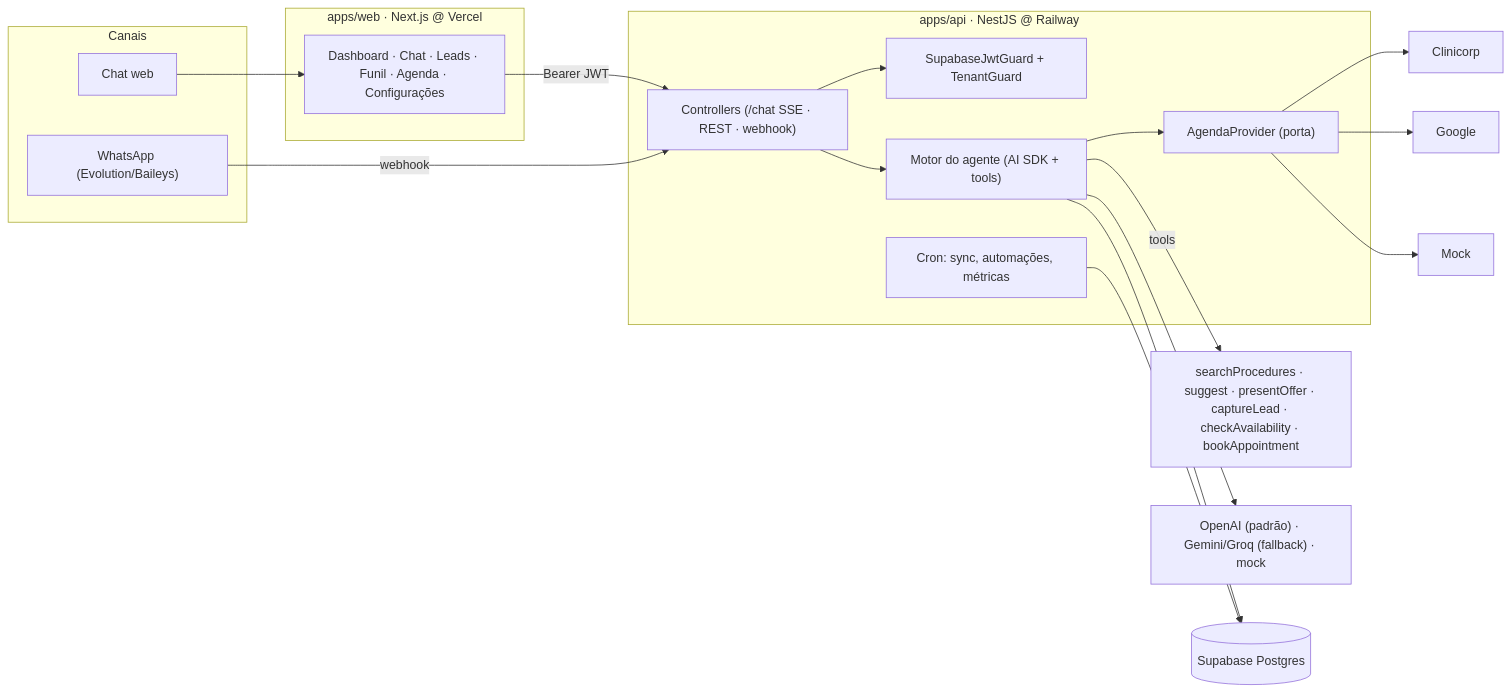
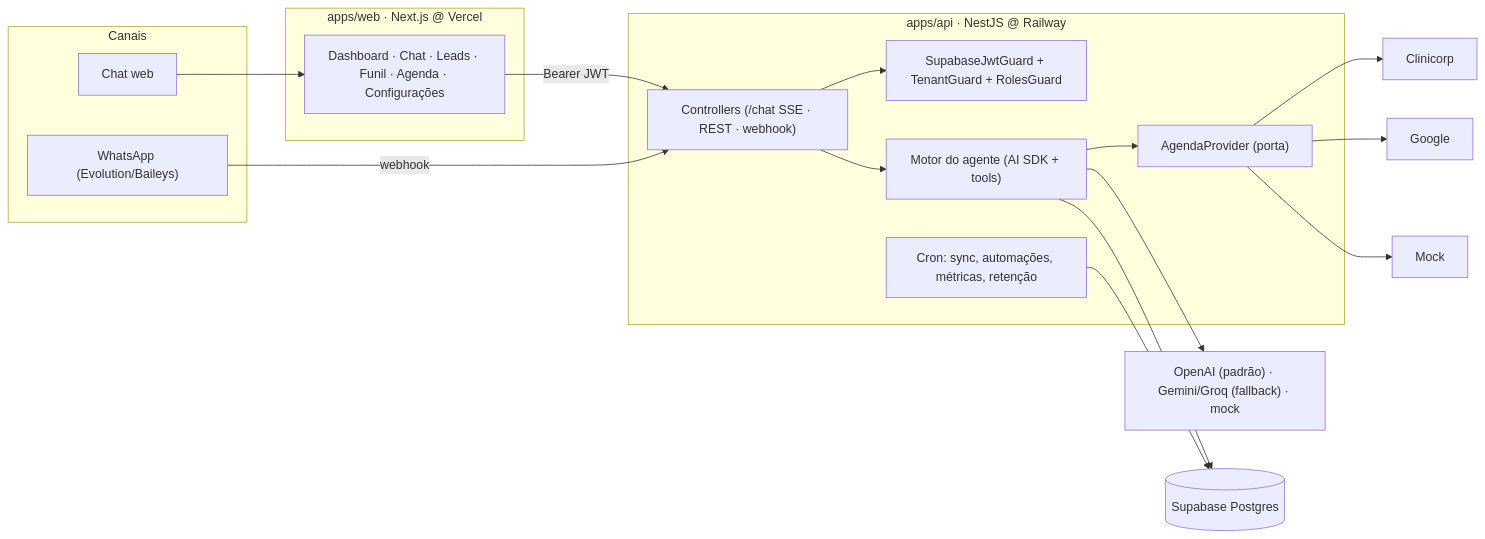
One commit to diogo19025/dentaltrack changed the first of 2 diagrams in docs/produto.md. Above: the diagram before and after it, drawn with Mermaid. The commit also changed other lines of this file and 30 other files, not shown here.

````diff
--- a/docs/produto.md
+++ b/docs/produto.md
@@ -80,30 +69,26 @@
 ```mermaid
 flowchart LR
   subgraph Canais
     Web["Chat web"]
     WA["WhatsApp (Evolution/Baileys)"]
   end
-
   subgraph FE["apps/web · Next.js @ Vercel"]
     UI["Dashboard · Chat · Leads · Funil · Agenda · Configurações"]
   end
-
   subgraph BE["apps/api · NestJS @ Railway"]
     Ctrl["Controllers (/chat SSE · REST · webhook)"]
-    Guard["SupabaseJwtGuard + TenantGuard"]
+    Guard["SupabaseJwtGuard + TenantGuard + RolesGuard"]
     Engine["Motor do agente (AI SDK + tools)"]
-    Jobs["Cron: sync, automações, métricas"]
+    Jobs["Cron: sync, automações, métricas, retenção"]
     Porta["AgendaProvider (porta)"]
   end
-
   Web --> UI --> |Bearer JWT| Ctrl
   WA --> |webhook| Ctrl
   Ctrl --> Guard
   Ctrl --> Engine
-  Engine --> |tools| Tools["searchProcedures · suggest · presentOffer · captureLead · checkAvailability · bookAppointment"]
   Engine --> LLM["OpenAI (padrão) · Gemini/Groq (fallback) · mock"]
   Engine --> Porta
   Porta --> Clinicorp & Google & Mock
   Engine --> DB[("Supabase Postgres")]
   Jobs --> DB
 ```
````
